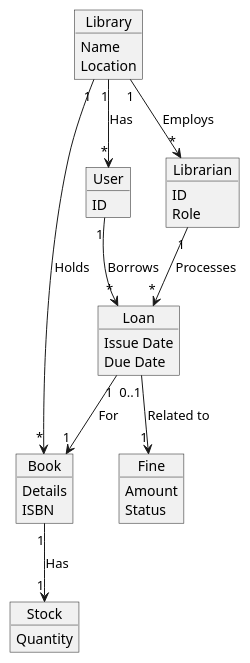
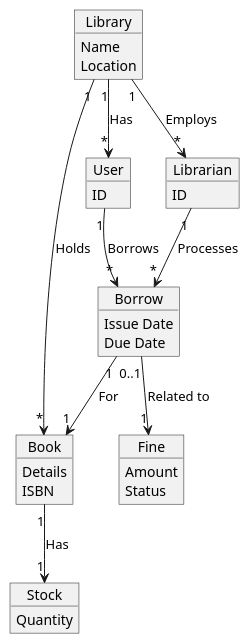
One commit to SalmaAzeem/library-system changed the diagram in diagrams/UCDs/Domain Model.puml. Above: the diagram before and after it, drawn with PlantUML. The commit also changed 1 other file, not shown here.

Commit message:
Fix diagrams

```diff
--- a/diagrams/UCDs/Domain Model.puml
+++ b/diagrams/UCDs/Domain Model.puml
@@ -1,47 +1,46 @@
 @startuml
 
 ' Define conceptual classes
 object Library {
   Name
   Location
 }
 
 object Book {
   Details
   ISBN
 }
 
 object Stock {
   Quantity
 }
 
 object User {
   ID
 }
 
 object Librarian {
   ID
-  Role
 }
 
-object Loan {
+object Borrow {
   Issue Date
   Due Date
 }
 
 object Fine {
   Amount
   Status
 }
 
 ' Define associations
 Library "1" --> "*" Book : Holds
 Library "1" --> "*" User : Has
 Library "1" --> "*" Librarian : Employs
 Book "1" --> "1" Stock : Has
-User "1" --> "*" Loan : Borrows
-Loan "1" --> "1" Book : For
-Loan "0..1" --> "1" Fine : Related to
-Librarian "1" --> "*" Loan : Processes
+User "1" --> "*" Borrow : Borrows
+Borrow "1" --> "1" Book : For
+Borrow "0..1" --> "1" Fine : Related to
+Librarian "1" --> "*" Borrow : Processes
 
 @enduml
```
